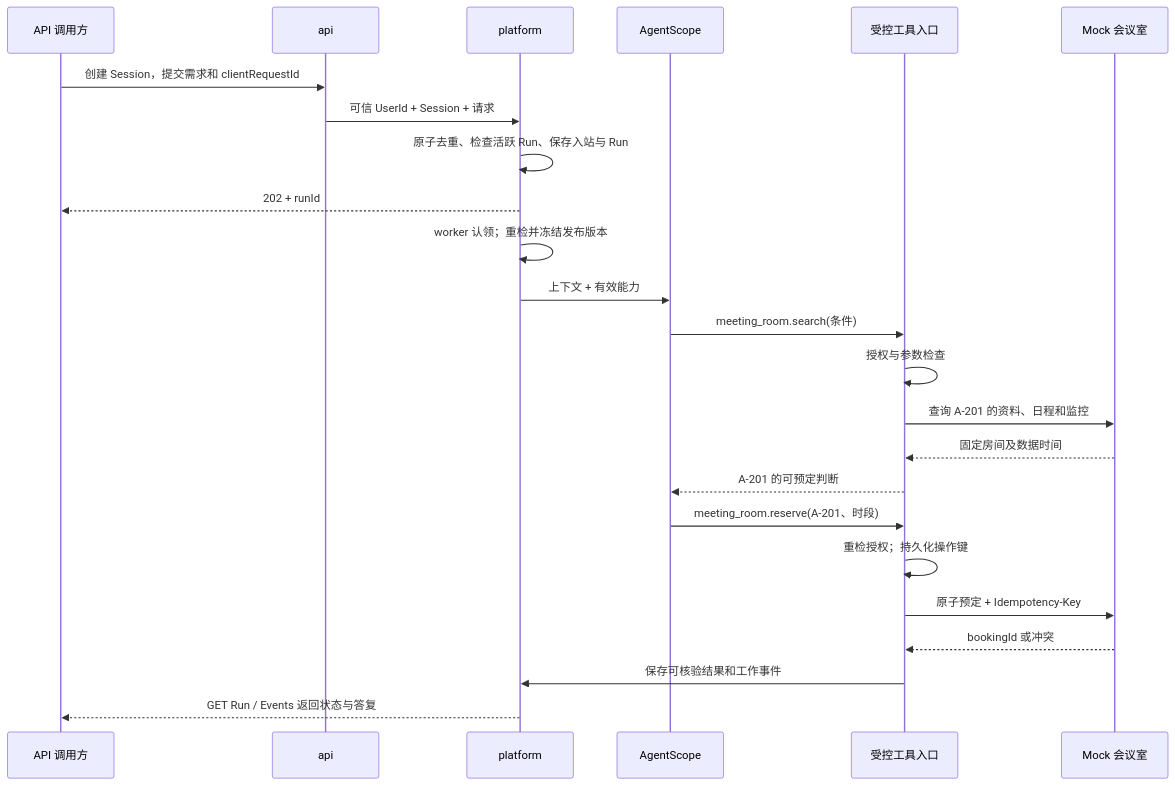
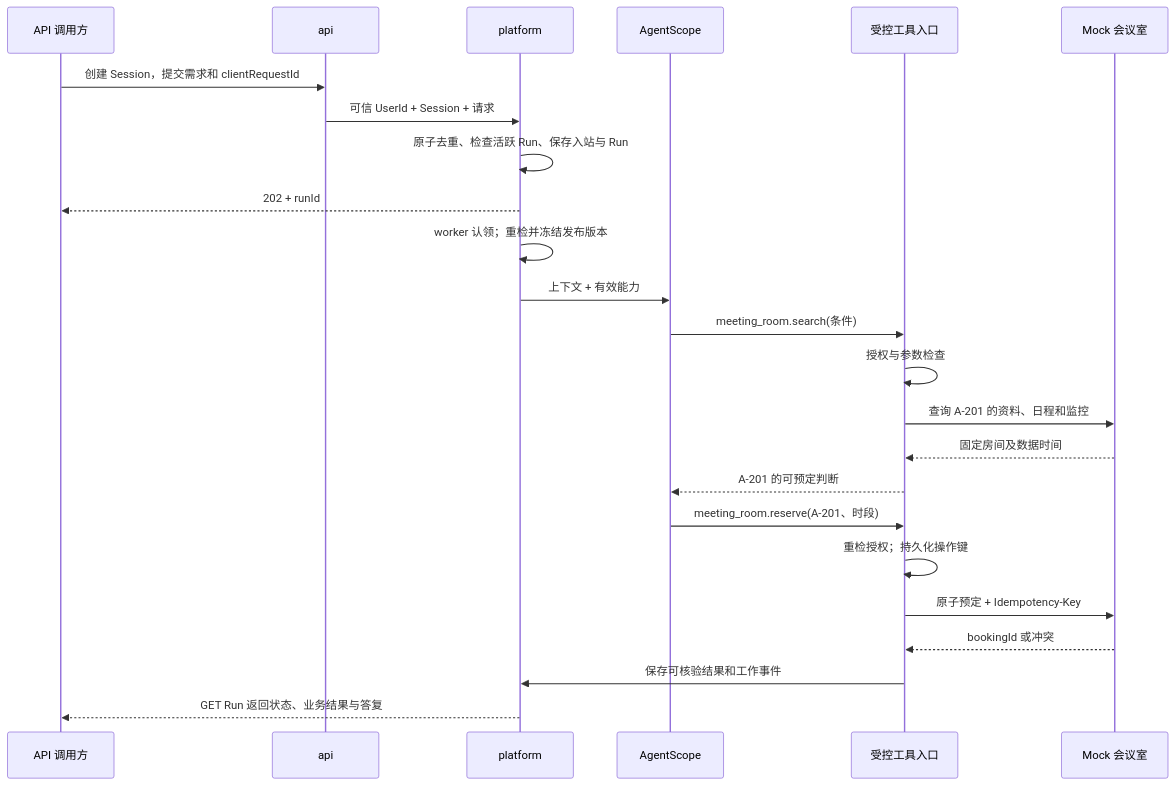
One commit to BeyondzychenProton/haizhou-brain changed the second of 2 diagrams in docs/design/agent-platform/会议室预定首个业务闭环详细设计.md. Above: the diagram before and after it, drawn with Mermaid. The commit also changed other lines of this file and 28 other files, not shown here.

````diff
--- a/docs/design/agent-platform/会议室预定首个业务闭环详细设计.md
+++ b/docs/design/agent-platform/会议室预定首个业务闭环详细设计.md
@@ -105,26 +107,26 @@
 ```mermaid
 sequenceDiagram
     participant U as API 调用方
     participant A as api
     participant P as platform
     participant R as AgentScope
     participant G as 受控工具入口
     participant M as Mock 会议室
     U->>A: 创建 Session，提交需求和 clientRequestId
     A->>P: 可信 UserId + Session + 请求
     P->>P: 原子去重、检查活跃 Run、保存入站与 Run
     P-->>U: 202 + runId
     P->>P: worker 认领；重检并冻结发布版本
     P->>R: 上下文 + 有效能力
     R->>G: meeting_room.search(条件)
     G->>G: 授权与参数检查
     G->>M: 查询 A-201 的资料、日程和监控
     M-->>G: 固定房间及数据时间
     G-->>R: A-201 的可预定判断
     R->>G: meeting_room.reserve(A-201、时段)
     G->>G: 重检授权；持久化操作键
     G->>M: 原子预定 + Idempotency-Key
     M-->>G: bookingId 或冲突
     G->>P: 保存可核验结果和工作事件
-    P-->>U: GET Run / Events 返回状态与答复
+    P-->>U: GET Run 返回状态、业务结果与答复
 ```
````
